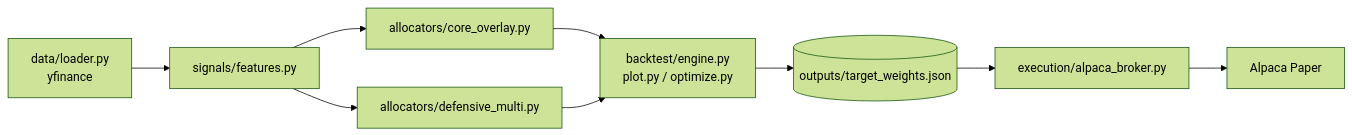
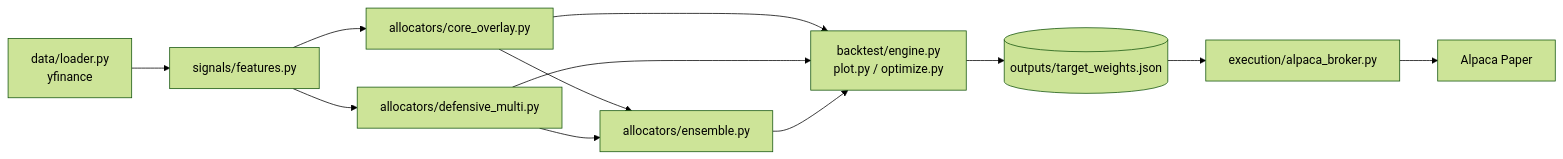
Before and after one commit to tkokfor93171/unified-regime-portfolio: the diagram in README.md, drawn with Mermaid (forest theme). The commit also changed other lines of this file and 3 other files, not shown here.

````diff
--- a/README.md
+++ b/README.md
@@ -55,11 +56,14 @@
 ```mermaid
 flowchart LR
     A["data/loader.py<br/>yfinance"] --> B["signals/features.py"]
     B --> C1["allocators/core_overlay.py"]
     B --> C2["allocators/defensive_multi.py"]
+    C1 --> C3["allocators/ensemble.py"]
+    C2 --> C3
     C1 --> D["backtest/engine.py<br/>plot.py / optimize.py"]
     C2 --> D
+    C3 --> D
     D --> E[("outputs/target_weights.json")]
     E --> F["execution/alpaca_broker.py"]
     F --> G["Alpaca Paper"]
 ```
````
